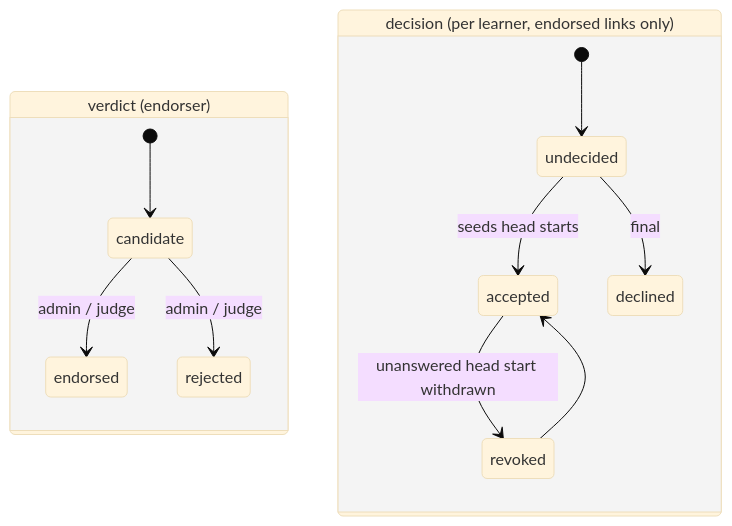
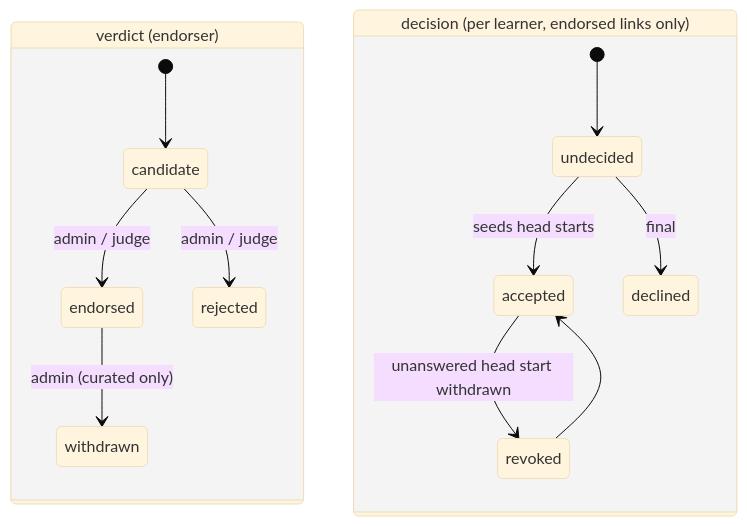
The sixth of 7 diagrams in docs/STATE_MACHINES.md (alykapasi/guru-alt), drawn with Mermaid (base theme) before and after one commit. The commit also changed other lines of this file and 13 other files, not shown here.

First line of the commit message:
feat(concept-links): an admin can withdraw a curated endorsement

````diff
--- a/docs/STATE_MACHINES.md
+++ b/docs/STATE_MACHINES.md
@@ -151,15 +150,16 @@
 ```mermaid
 stateDiagram-v2
     state "verdict (endorser)" as V {
         [*] --> candidate
         candidate --> endorsed: admin / judge
         candidate --> rejected: admin / judge
+        endorsed --> withdrawn: admin (curated only)
     }
     state "decision (per learner, endorsed links only)" as D {
         [*] --> undecided
         undecided --> accepted: seeds head starts
         undecided --> declined: final
         accepted --> revoked: unanswered head start withdrawn
         revoked --> accepted
     }
 ```
````
